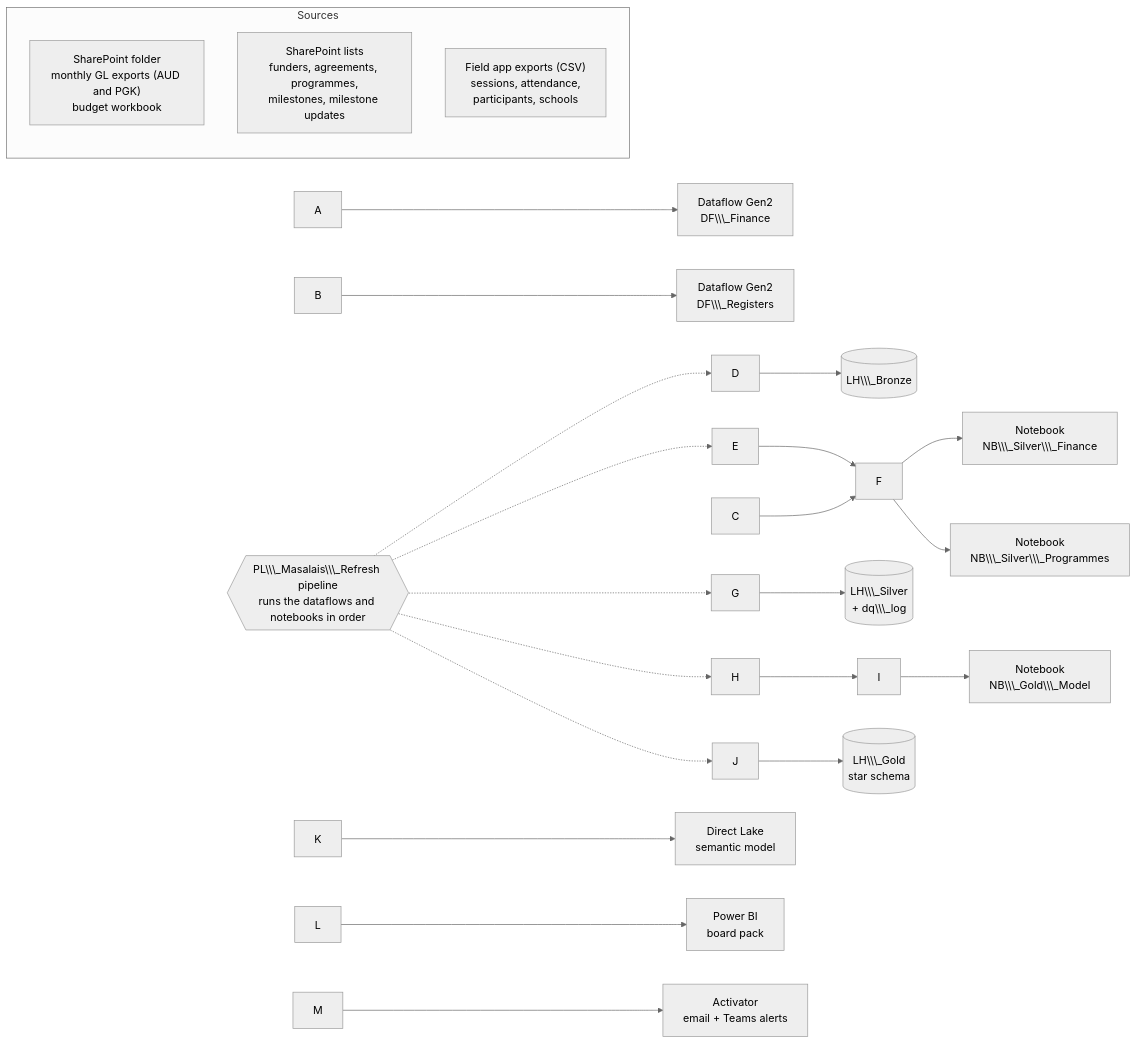
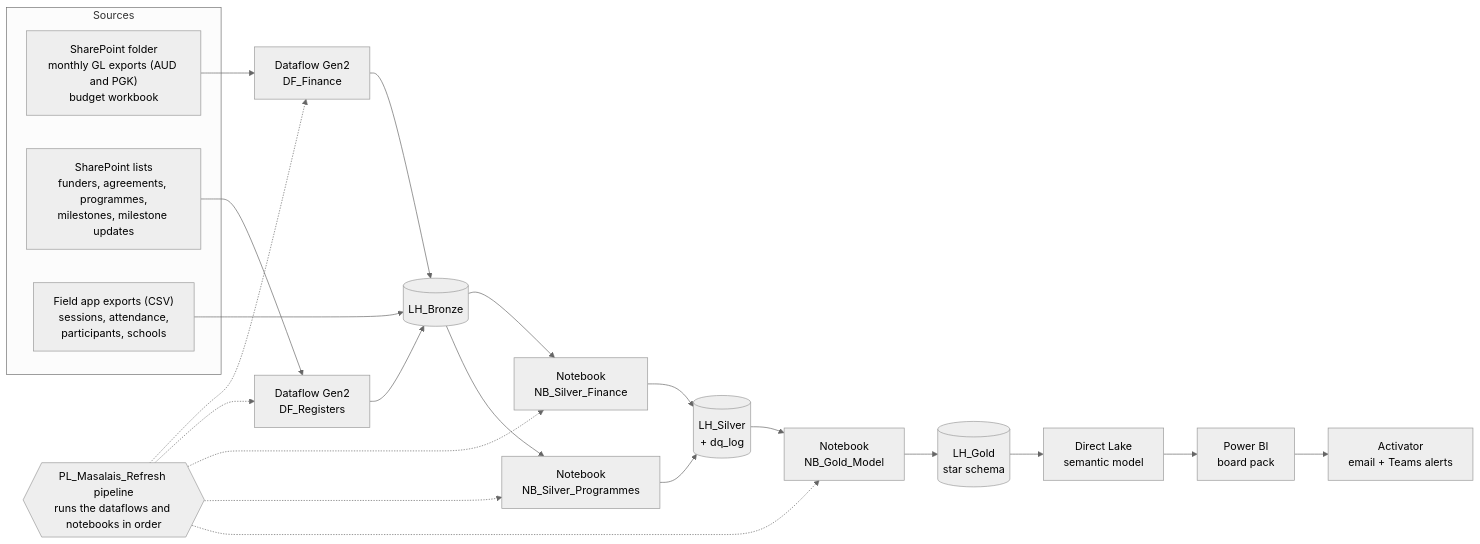
The diagram in README.md (solvedbygling/png-masalais-fabric), drawn with Mermaid (neutral theme) before and after one commit. The commit also changed other lines of this file, not shown here.

````diff
--- a/README.md
+++ b/README.md
@@ -61,31 +58,31 @@
 ```mermaid
 flowchart LR
     subgraph Sources
-        A\\\["SharePoint folder<br/>monthly GL exports (AUD and PGK)<br/>budget workbook"]
-        B\\\["SharePoint lists<br/>funders, agreements, programmes,<br/>milestones, milestone updates"]
-        C\\\["Field app exports (CSV)<br/>sessions, attendance,<br/>participants, schools"]
+        A["SharePoint folder<br/>monthly GL exports (AUD and PGK)<br/>budget workbook"]
+        B["SharePoint lists<br/>funders, agreements, programmes,<br/>milestones, milestone updates"]
+        C["Field app exports (CSV)<br/>sessions, attendance,<br/>participants, schools"]
     end
 
-    A --> D\\\["Dataflow Gen2<br/>DF\\\_Finance"]
-    B --> E\\\["Dataflow Gen2<br/>DF\\\_Registers"]
-    D --> F\\\[("LH\\\_Bronze")]
+    A --> D["Dataflow Gen2<br/>DF_Finance"]
+    B --> E["Dataflow Gen2<br/>DF_Registers"]
+    D --> F[("LH_Bronze")]
     E --> F
     C --> F
 
-    F --> G\\\["Notebook<br/>NB\\\_Silver\\\_Finance"]
-    F --> H\\\["Notebook<br/>NB\\\_Silver\\\_Programmes"]
-    G --> I\\\[("LH\\\_Silver<br/>+ dq\\\_log")]
+    F --> G["Notebook<br/>NB_Silver_Finance"]
+    F --> H["Notebook<br/>NB_Silver_Programmes"]
+    G --> I[("LH_Silver<br/>+ dq_log")]
     H --> I
-    I --> J\\\["Notebook<br/>NB\\\_Gold\\\_Model"]
-    J --> K\\\[("LH\\\_Gold<br/>star schema")]
+    I --> J["Notebook<br/>NB_Gold_Model"]
+    J --> K[("LH_Gold<br/>star schema")]
 
-    K --> L\\\["Direct Lake<br/>semantic model"]
-    L --> M\\\["Power BI<br/>board pack"]
-    M --> N\\\["Activator<br/>email + Teams alerts"]
+    K --> L["Direct Lake<br/>semantic model"]
+    L --> M["Power BI<br/>board pack"]
+    M --> N["Activator<br/>email + Teams alerts"]
 
-    P{{"PL\\\_Masalais\\\_Refresh pipeline<br/>runs the dataflows and notebooks in order"}} -.-> D
+    P{{"PL_Masalais_Refresh pipeline<br/>runs the dataflows and notebooks in order"}} -.-> D
     P -.-> E
     P -.-> G
     P -.-> H
     P -.-> J
 ```
````
